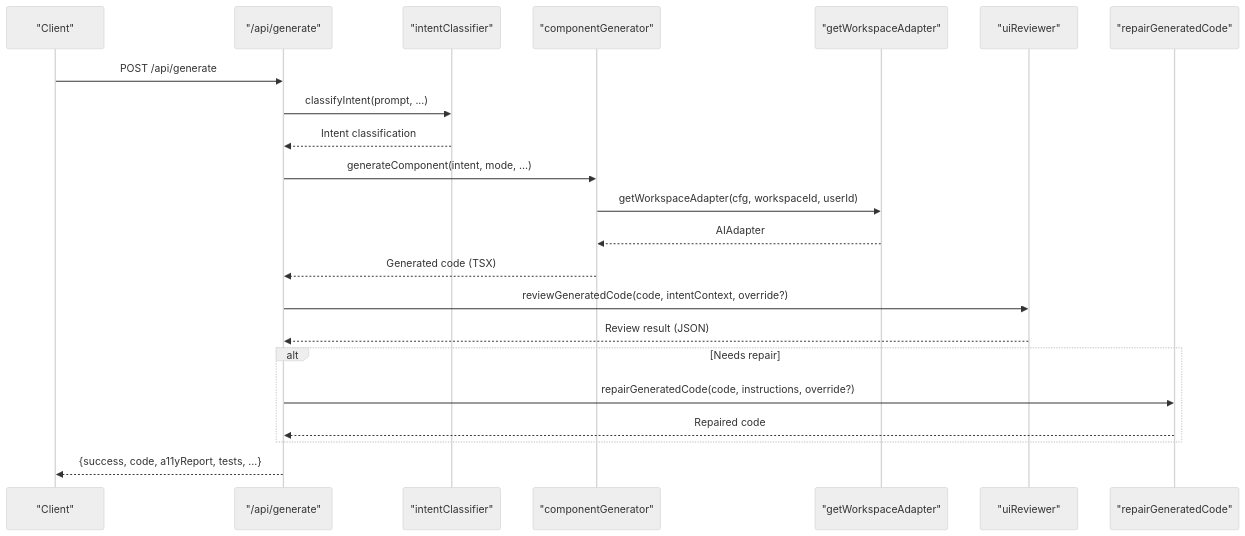
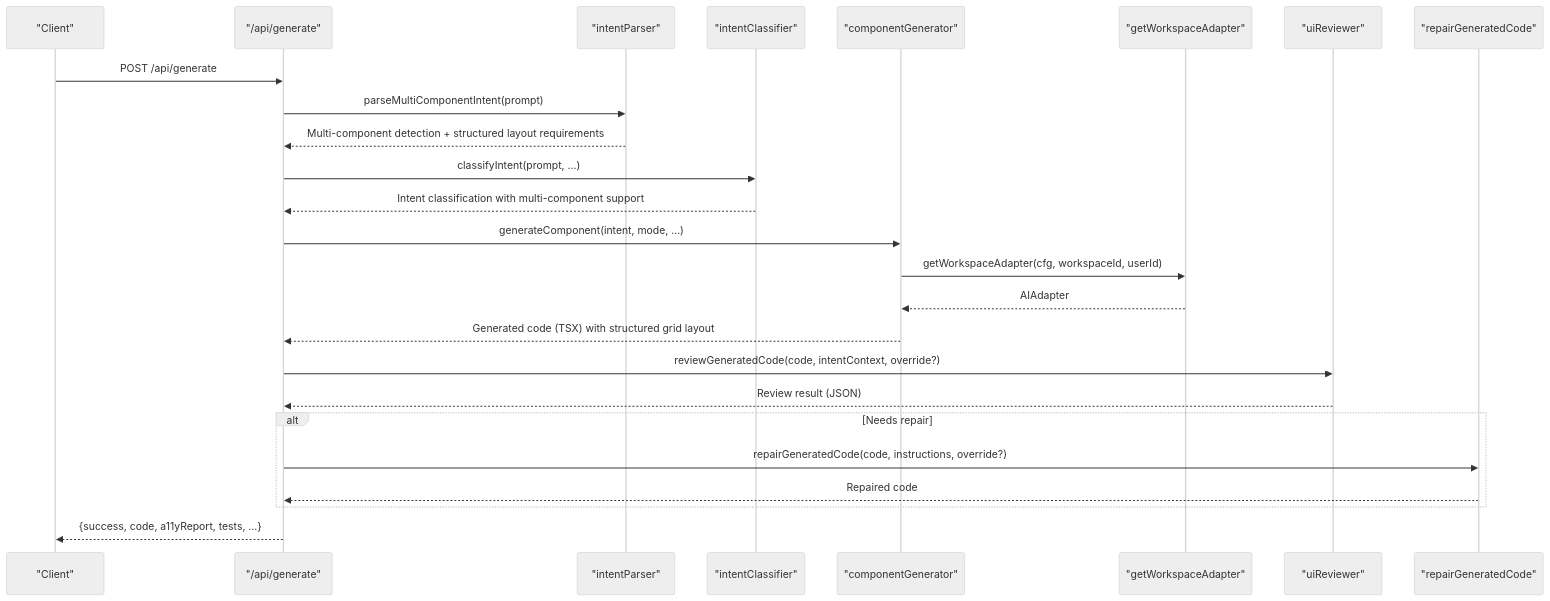
One commit to shekhargiri005-dotcom/AI-powered-accessibility-first-UI-engine changed the second of 10 diagrams in .qoder/repowiki/en/content/AI Generation Engine/AI Generation Engine.md. Above: the diagram before and after it, drawn with Mermaid (neutral theme). The commit also changed other lines of this file and 71 other files, not shown here.

````diff
--- a/.qoder/repowiki/en/content/AI Generation Engine/AI Generation Engine.md
+++ b/.qoder/repowiki/en/content/AI Generation Engine/AI Generation Engine.md
@@ -152,24 +163,27 @@
 ```mermaid
 sequenceDiagram
 participant Client as "Client"
 participant GenRoute as "/api/generate"
+participant Parser as "intentParser"
 participant Classifier as "intentClassifier"
 participant Gen as "componentGenerator"
 participant Adapter as "getWorkspaceAdapter"
 participant Review as "uiReviewer"
 participant Repair as "repairGeneratedCode"
 Client->>GenRoute : POST /api/generate
+GenRoute->>Parser : parseMultiComponentIntent(prompt)
+Parser-->>GenRoute : Multi-component detection + structured layout requirements
 GenRoute->>Classifier : classifyIntent(prompt, ...)
-Classifier-->>GenRoute : Intent classification
+Classifier-->>GenRoute : Intent classification with multi-component support
 GenRoute->>Gen : generateComponent(intent, mode, ...)
 Gen->>Adapter : getWorkspaceAdapter(cfg, workspaceId, userId)
 Adapter-->>Gen : AIAdapter
-Gen-->>GenRoute : Generated code (TSX)
+Gen-->>GenRoute : Generated code (TSX) with structured grid layout
 GenRoute->>Review : reviewGeneratedCode(code, intentContext, override?)
 Review-->>GenRoute : Review result (JSON)
 alt Needs repair
 GenRoute->>Repair : repairGeneratedCode(code, instructions, override?)
 Repair-->>GenRoute : Repaired code
 end
 GenRoute-->>Client : {success, code, a11yReport, tests, ...}
 ```
````
